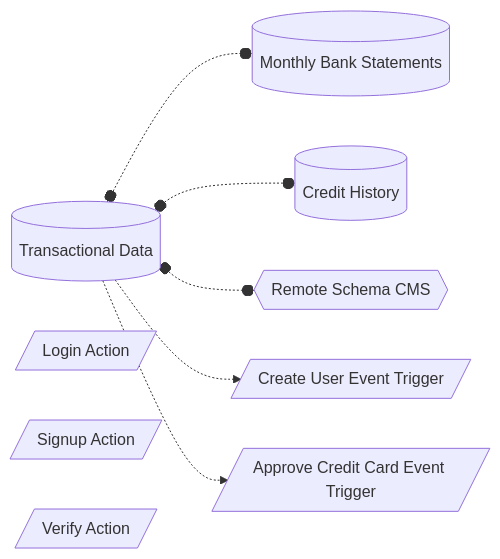
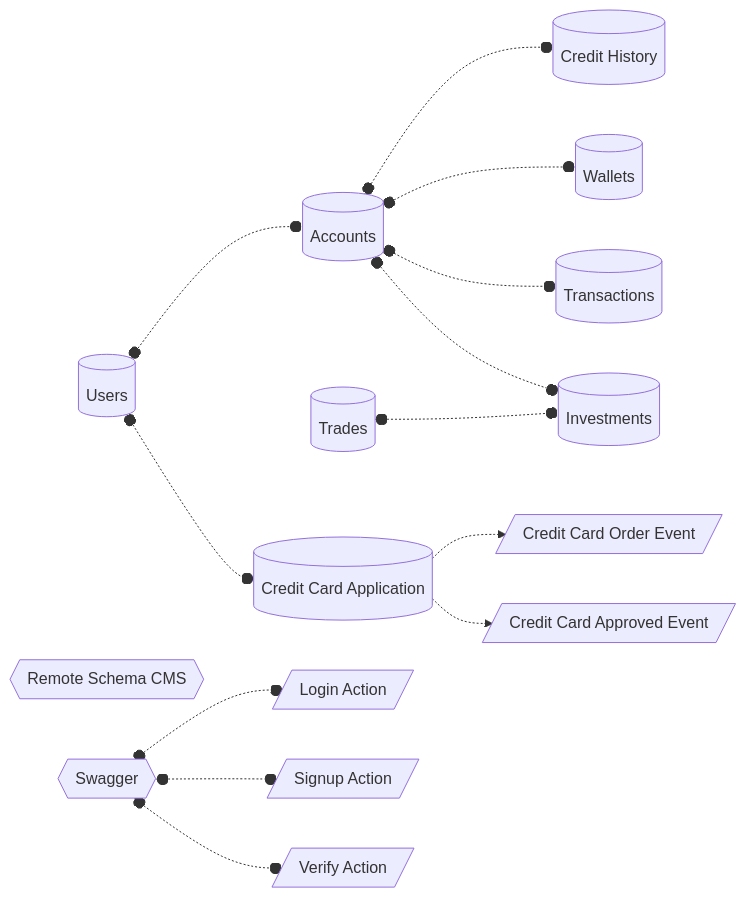
One commit to hasura/aws-immersion-day changed the diagram in guide/01-introduction/Readme.md. Above: the diagram before and after it, drawn with Mermaid. The commit also changed other lines of this file and 36 other files, not shown here.

````diff
--- a/guide/01-introduction/Readme.md
+++ b/guide/01-introduction/Readme.md
@@ -17,11 +17,38 @@
 ```mermaid
 graph LR
-    A[(Transactional Data)] o-.-o B[(Monthly Bank Statements)]
-    A o-.-o C[(Credit History)]
-    A o-.-o D{{Remote Schema CMS}}
-    E[/Login Action/]
-    F[/Signup Action/]
-    G[/Verify Action/]
-    A -.-> H[/Create User Event Trigger/]
-    A -.-> I[/Approve Credit Card Event Trigger/]
+    C[(Credit History)]
+    W[(Wallets)]
+    T[(Transactions)]
+    I[(Investments)]
+    A[(Accounts)]
+    U[(Users)]
+    TR[(Trades)]
+    CA[(Credit Card Application)]
+
+    RC{{Remote Schema CMS}}
+
+    ASW{{Swagger}}
+
+    AL[/Login Action/]
+    AS[/Signup Action/]
+    AG[/Verify Action/]
+
+    EC[/Credit Card Order Event/]
+    EAC[/Credit Card Approved Event/]
+
+    U o-.-o A
+    U o-.-o CA
+    A o-.-o C
+    A o-.-o W
+    A o-.-o T
+    A o-.-o I
+    TR o-.-o I
+
+    ASW o-.-o AL
+    ASW o-.-o AS
+    ASW o-.-o AG
+
+    CA -.-> EC
+    CA -.-> EAC
+
 ```
````
